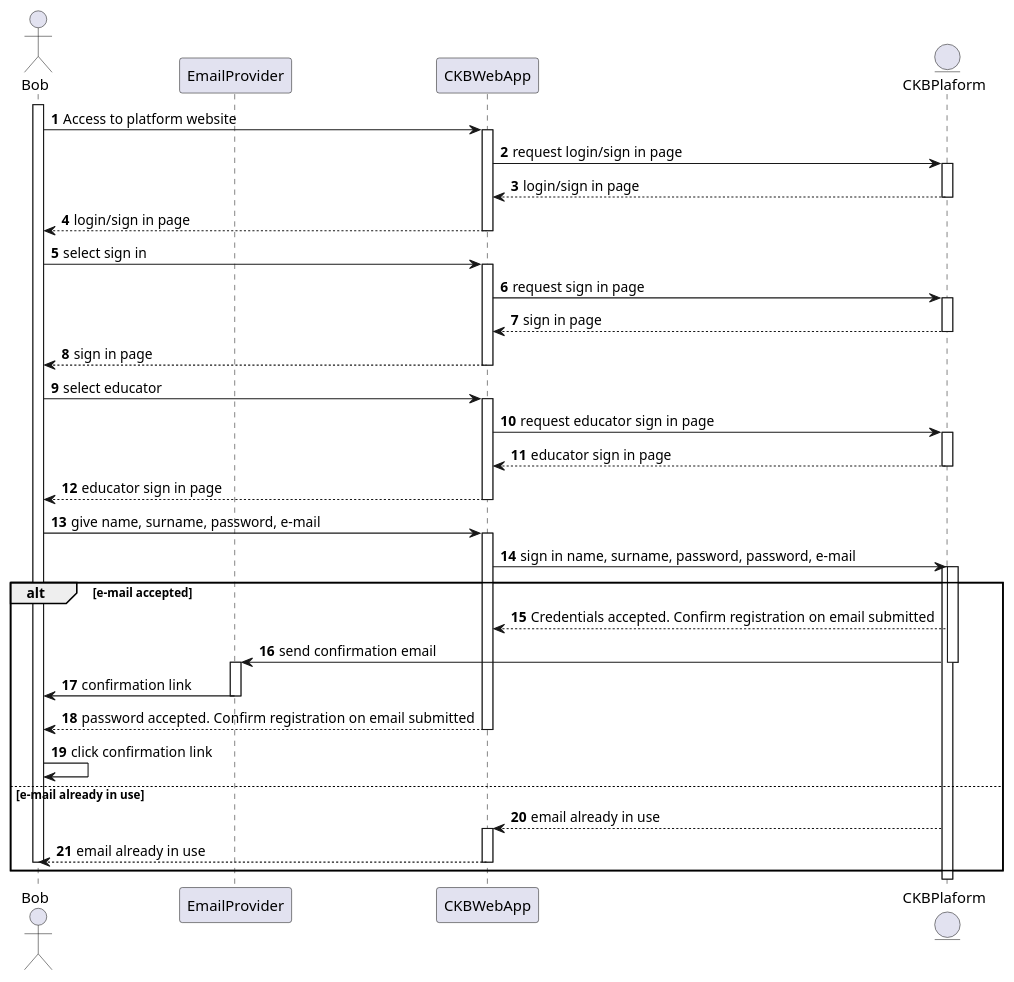
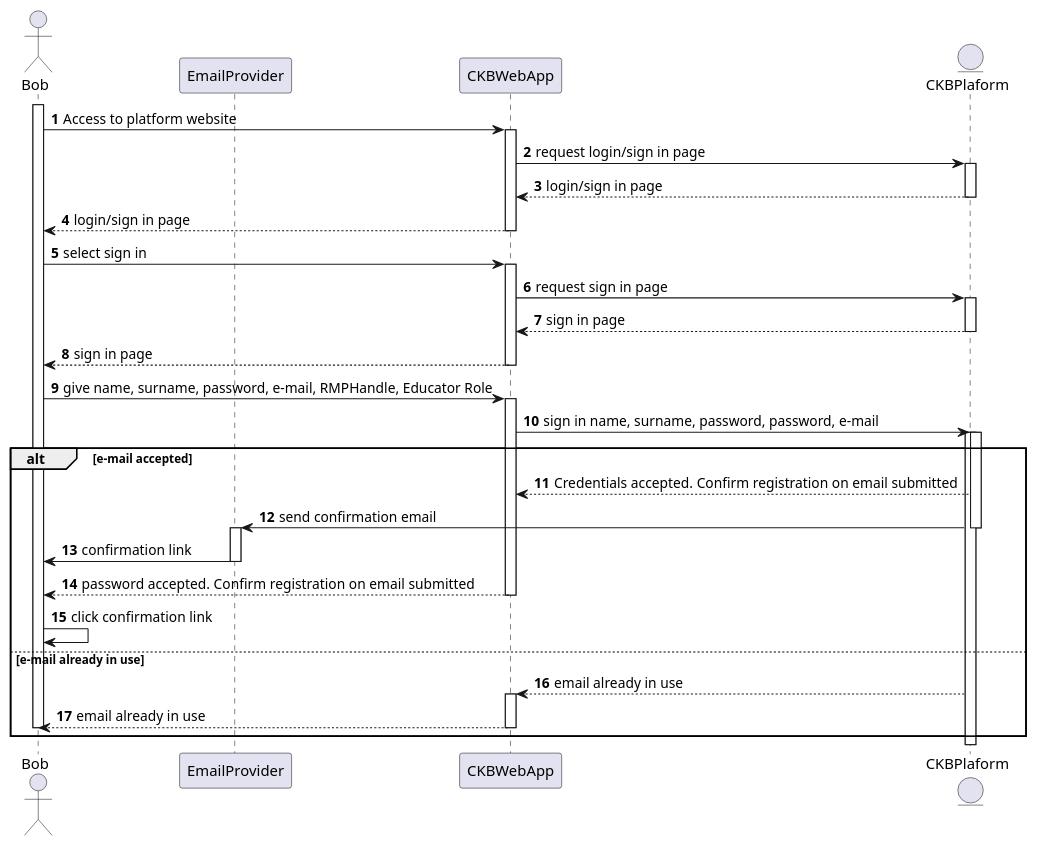
One commit to Angelo7672/SE2_Requirement-and-Design-Document changed the diagram in _RASD/Images/UML/sequenceDiagram/sequenceDiagramUC1b.wsd. Above: the diagram before and after it, drawn with PlantUML. The commit also changed 2 other files, not shown here.

```diff
--- a/_RASD/Images/UML/sequenceDiagram/sequenceDiagramUC1b.wsd
+++ b/_RASD/Images/UML/sequenceDiagram/sequenceDiagramUC1b.wsd
@@ -1,59 +1,51 @@
 @startuml
 
 autonumber
 
 actor Bob
 participant EmailProvider as Email
 participant CKBWebApp as App
 entity CKBPlaform as Platform
 
 activate Bob
 Bob -> App: Access to platform website
 activate App
 App -> Platform: request login/sign in page
 activate Platform
 Platform --> App: login/sign in page
 deactivate Platform
 App --> Bob: login/sign in page
 deactivate App
 Bob -> App: select sign in
 activate App
 App -> Platform: request sign in page
 activate Platform
 Platform --> App: sign in page
 deactivate Platform
 App --> Bob: sign in page
 deactivate App
-Bob -> App: select educator
-activate App
-App -> Platform: request educator sign in page
-activate Platform
-Platform --> App: educator sign in page
-deactivate Platform
-App --> Bob: educator sign in page
-deactivate App
-Bob -> App: give name, surname, password, e-mail
+Bob -> App: give name, surname, password, e-mail, RMPHandle, Educator Role
 activate App
 App -> Platform: sign in name, surname, password, password, e-mail
 activate Platform
 
 alt e-mail accepted
     activate Platform
     Platform --> App: Credentials accepted. Confirm registration on email submitted
     Platform -> Email: send confirmation email
     deactivate Platform
     activate Email
     Email -> Bob: confirmation link
     deactivate Email
     App --> Bob: password accepted. Confirm registration on email submitted
     deactivate App
     Bob -> Bob: click confirmation link
 else e-mail already in use
     Platform --> App: email already in use
     activate App
     App --> Bob: email already in use
     deactivate App
     deactivate Bob
 end
 
 @enduml
```
